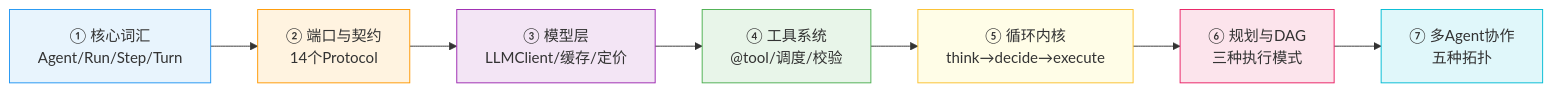
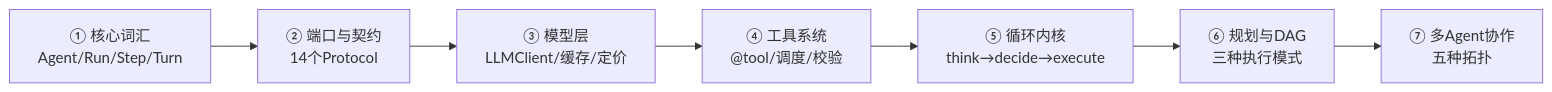
The second of 2 diagrams in docs/tour/index.md (limenagent/prodagent), drawn with Mermaid before and after one commit. The commit also changed 3 other files, not shown here.

````diff
--- a/docs/tour/index.md
+++ b/docs/tour/index.md
@@ -48,17 +48,9 @@
 ```mermaid
 graph LR
     S1["① 核心词汇<br/>Agent/Run/Step/Turn"] --> S2["② 端口与契约<br/>14个Protocol"]
     S2 --> S3["③ 模型层<br/>LLMClient/缓存/定价"]
     S3 --> S4["④ 工具系统<br/>@tool/调度/校验"]
     S4 --> S5["⑤ 循环内核<br/>think→decide→execute"]
     S5 --> S6["⑥ 规划与DAG<br/>三种执行模式"]
     S6 --> S7["⑦ 多Agent协作<br/>五种拓扑"]
-
-    style S1 fill:#e8f4fd,stroke:#2196f3
-    style S2 fill:#fff3e0,stroke:#ff9800
-    style S3 fill:#f3e5f5,stroke:#9c27b0
-    style S4 fill:#e8f5e9,stroke:#4caf50
-    style S5 fill:#fffde7,stroke:#fbc02d
-    style S6 fill:#fce4ec,stroke:#e91e63
-    style S7 fill:#e0f7fa,stroke:#00bcd4
 ```
````
